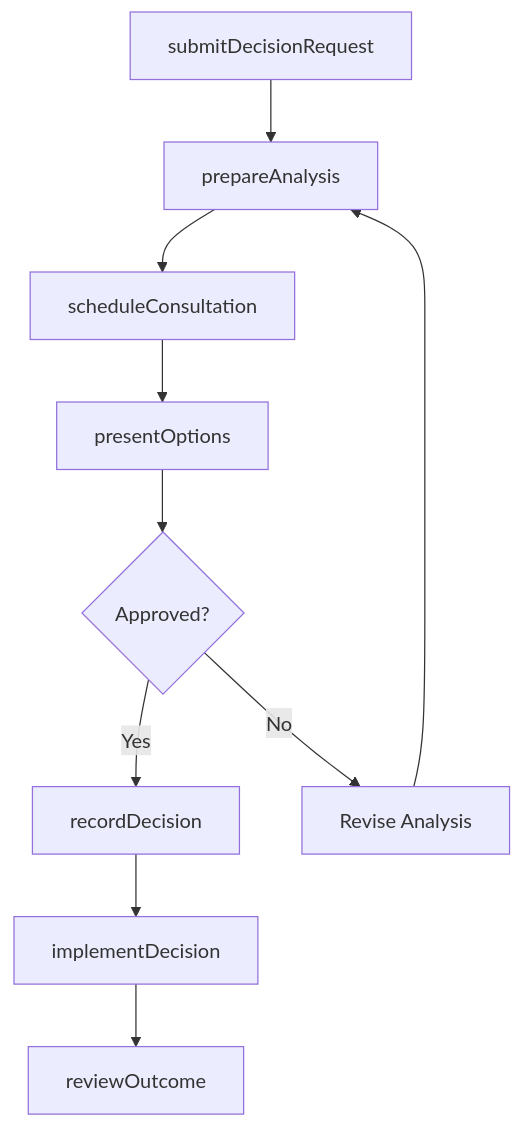
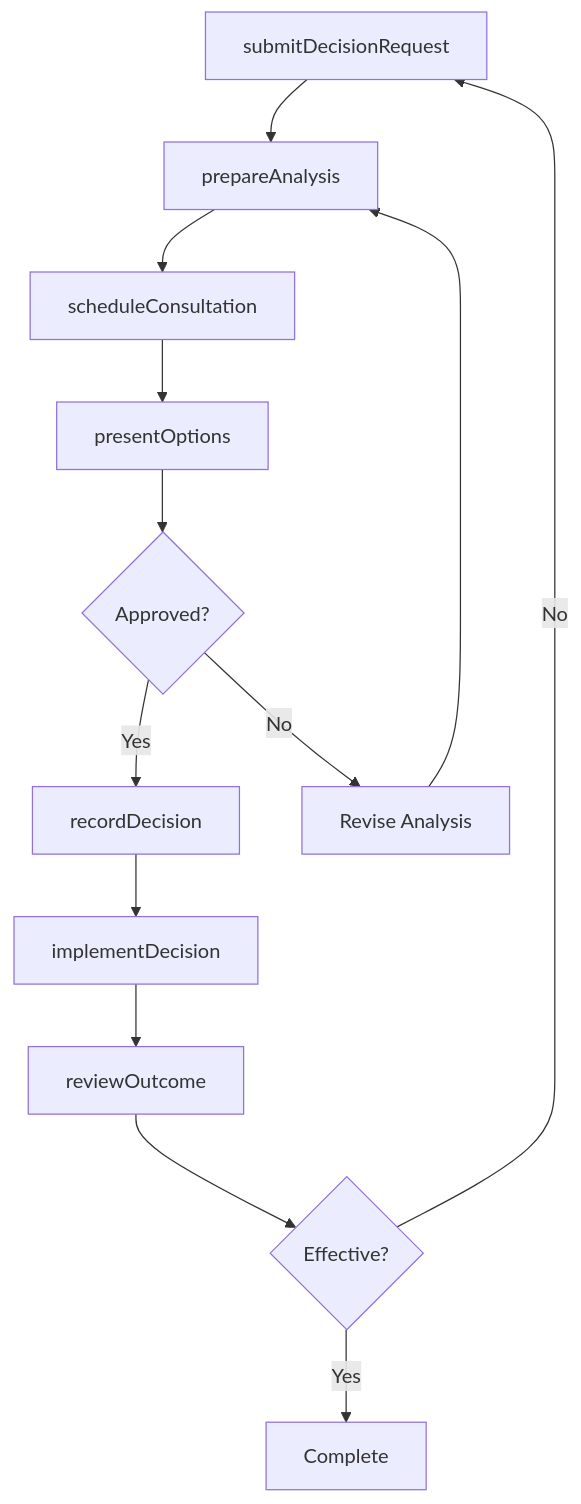
Before and after one commit to dot-org-ai/tasks.org.ai: the third of 4 diagrams in CommunicatingWithSupervisorsPeersOrSubordinates/CommunicateWithOthersAboutOperationalPlansOrActivities/ConferManagersMakeOperationalDecisions.mdx, drawn with Mermaid. The commit also changed other lines of this file and 266 other files, not shown here.

First line of the commit message:
feat: Add ER diagrams, state diagrams to wave 2 batch (251 DWA files)

````diff
--- a/CommunicatingWithSupervisorsPeersOrSubordinates/CommunicateWithOthersAboutOperationalPlansOrActivities/ConferManagersMakeOperationalDecisions.mdx
+++ b/CommunicatingWithSupervisorsPeersOrSubordinates/CommunicateWithOthersAboutOperationalPlansOrActivities/ConferManagersMakeOperationalDecisions.mdx
@@ -86,12 +113,15 @@
 ```mermaid
 graph TD
     A[submitDecisionRequest] --> B[prepareAnalysis]
     B --> C[scheduleConsultation]
     C --> D[presentOptions]
     D --> E{Approved?}
     E -->|Yes| F[recordDecision]
     E -->|No| G[Revise Analysis]
     G --> B
     F --> H[implementDecision]
     H --> I[reviewOutcome]
+    I --> J{Effective?}
+    J -->|No| A
+    J -->|Yes| K[Complete]
 ```
````
